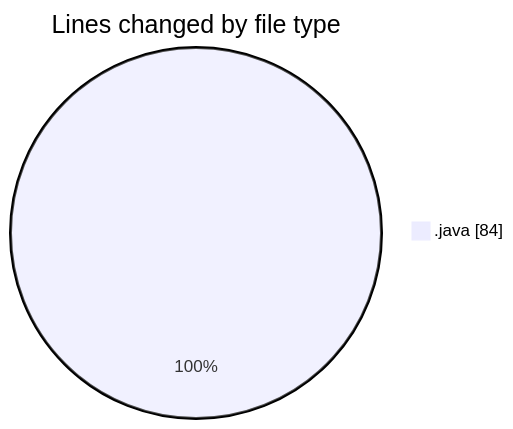
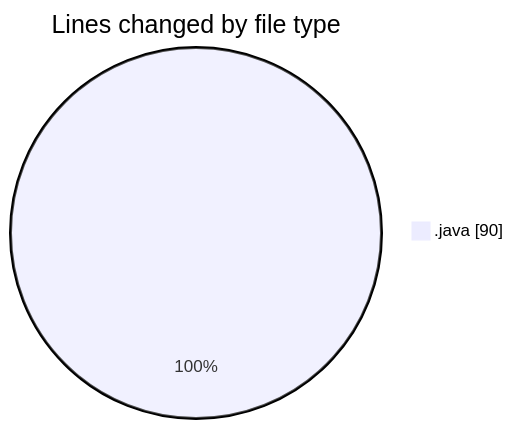
One commit to NitaiMahat/code-tracking changed the first of 2 diagrams in 2025-03-08/computer_202/README.md. Above: the diagram before and after it, drawn with Mermaid. The commit also changed other lines of this file and 1 other file, not shown here.

````diff
--- a/2025-03-08/computer_202/README.md
+++ b/2025-03-08/computer_202/README.md
@@ -21,5 +21,5 @@
 ```mermaid
 pie showData
 title Lines changed by file type
-".java" : 84
+".java" : 90
 ```
````
